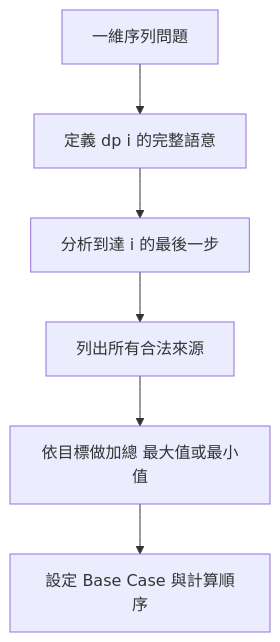
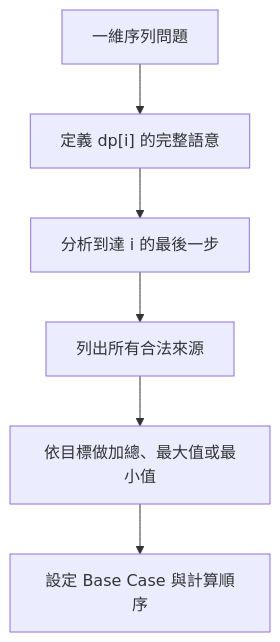
The first of 5 diagrams in 09_dynamic_programming/38_one_dimensional_dp.md (davidchen0970/algorithm_note), drawn with Mermaid before and after one commit. The commit also changed other lines of this file and 3 other files, not shown here.

````diff
--- a/09_dynamic_programming/38_one_dimensional_dp.md
+++ b/09_dynamic_programming/38_one_dimensional_dp.md
@@ -16,8 +19,8 @@
 ```mermaid
 flowchart TD
-    A[一維序列問題] --> B[定義 dp i 的完整語意]
-    B --> C[分析到達 i 的最後一步]
-    C --> D[列出所有合法來源]
-    D --> E[依目標做加總 最大值或最小值]
-    E --> F[設定 Base Case 與計算順序]
+    A["一維序列問題"] --> B["定義 dp[i] 的完整語意"]
+    B --> C["分析到達 i 的最後一步"]
+    C --> D["列出所有合法來源"]
+    D --> E["依目標做加總、最大值或最小值"]
+    E --> F["設定 Base Case 與計算順序"]
 ```
````
